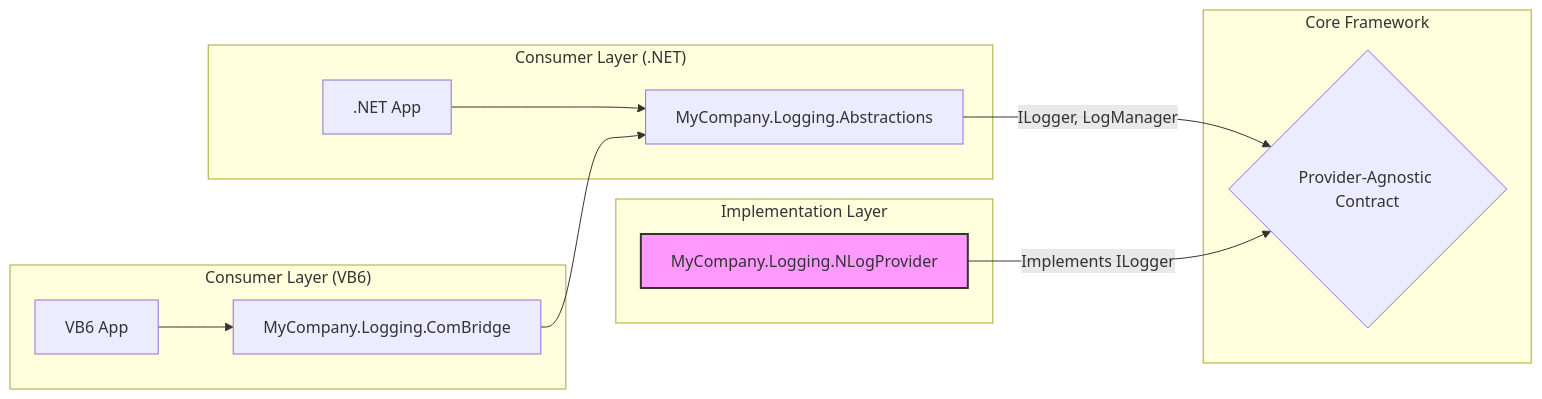
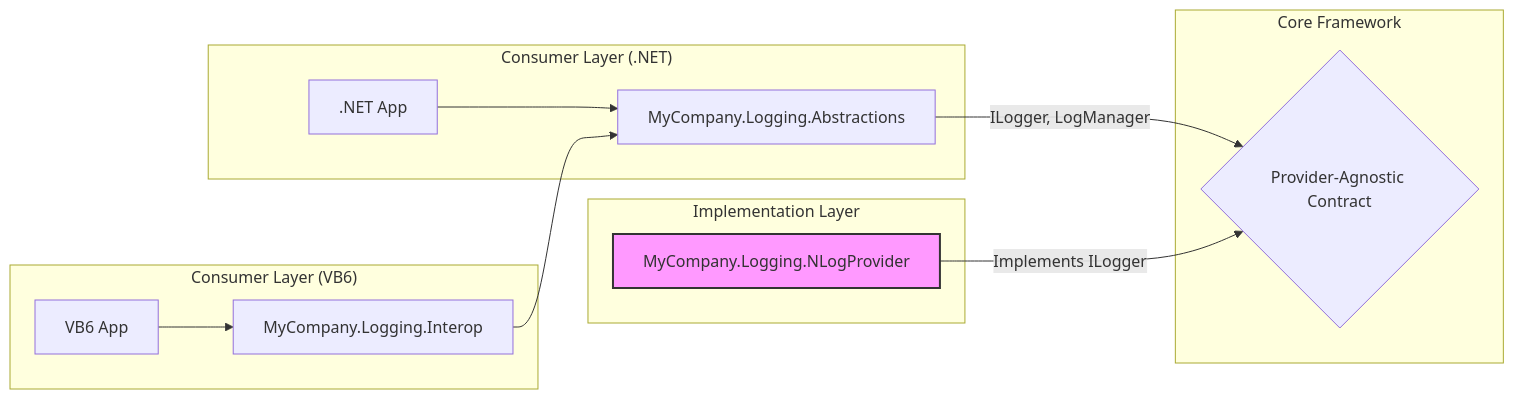
Before and after one commit to Brahmin95/LegacyComLogger: the second of 2 diagrams in Docs/wiki.md, drawn with Mermaid. The commit also changed other lines of this file and 22 other files, not shown here.

````diff
--- a/Docs/wiki.md
+++ b/Docs/wiki.md
@@ -73,21 +73,21 @@
 ```mermaid
 graph LR
     subgraph "Consumer Layer (VB6)"
-        A[VB6 App] --> B[MyCompany.Logging.ComBridge]
+        A[VB6 App] --> B[MyCompany.Logging.Interop]
     end
     subgraph "Consumer Layer (.NET)"
         C[.NET App] --> D[MyCompany.Logging.Abstractions]
     end
     
     B --> D
     
     subgraph "Core Framework"
         D -- "ILogger, LogManager" --> E{Provider-Agnostic Contract}
     end
 
     subgraph "Implementation Layer"
        F[MyCompany.Logging.NLogProvider] -- "Implements ILogger" --> E
     end
 
     style F fill:#f9f,stroke:#333,stroke-width:2px
 ```
````
